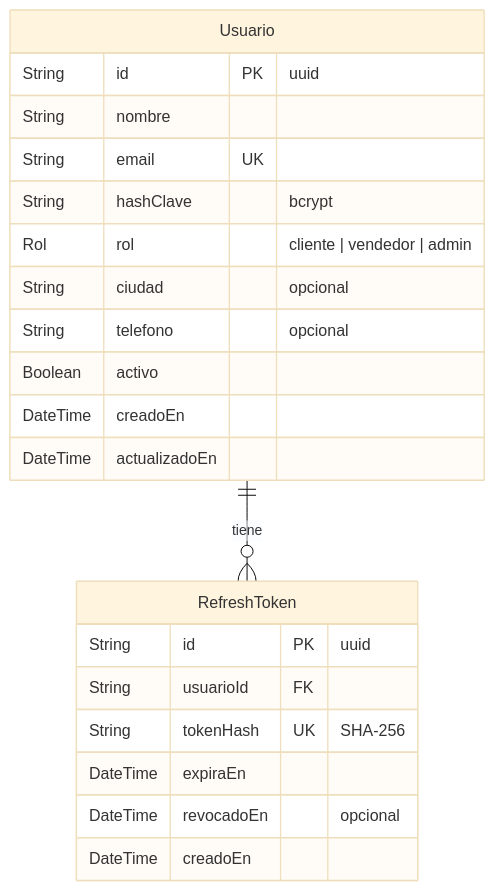
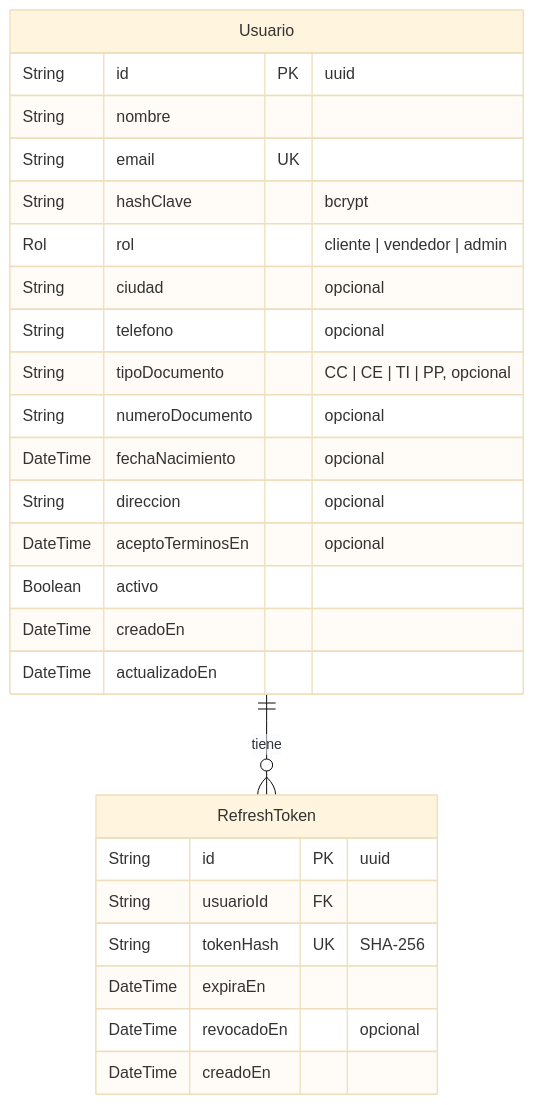
The diagram in docs/modelos-datos/usuarios.md (davidcuello0523-ctrl/plaza-sinu), drawn with Mermaid (base theme) before and after one commit. The commit also changed other lines of this file and 8 other files, not shown here.

Commit message:
feat(registro): formulario en 3 pasos con documento, nacimiento, celular, dirección y términos

````diff
--- a/docs/modelos-datos/usuarios.md
+++ b/docs/modelos-datos/usuarios.md
@@ -5,24 +5,29 @@
 ```mermaid
 erDiagram
   Usuario ||--o{ RefreshToken : "tiene"
   Usuario {
     String id PK "uuid"
     String nombre
     String email UK
     String hashClave "bcrypt"
     Rol rol "cliente | vendedor | admin"
     String ciudad "opcional"
     String telefono "opcional"
+    String tipoDocumento "CC | CE | TI | PP, opcional"
+    String numeroDocumento "opcional"
+    DateTime fechaNacimiento "opcional"
+    String direccion "opcional"
+    DateTime aceptoTerminosEn "opcional"
     Boolean activo
     DateTime creadoEn
     DateTime actualizadoEn
   }
   RefreshToken {
     String id PK "uuid"
     String usuarioId FK
     String tokenHash UK "SHA-256"
     DateTime expiraEn
     DateTime revocadoEn "opcional"
     DateTime creadoEn
   }
 ```
````
